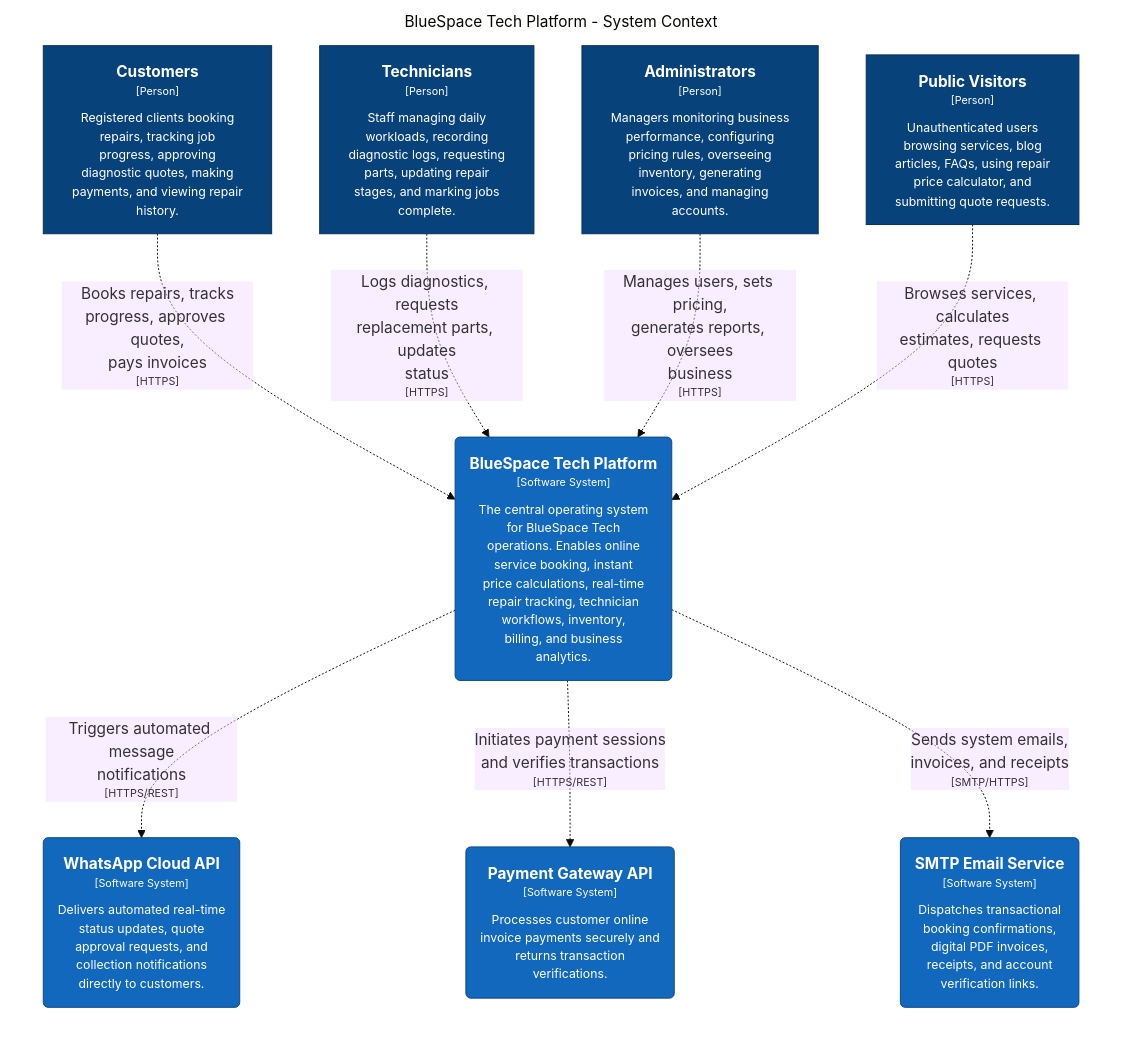
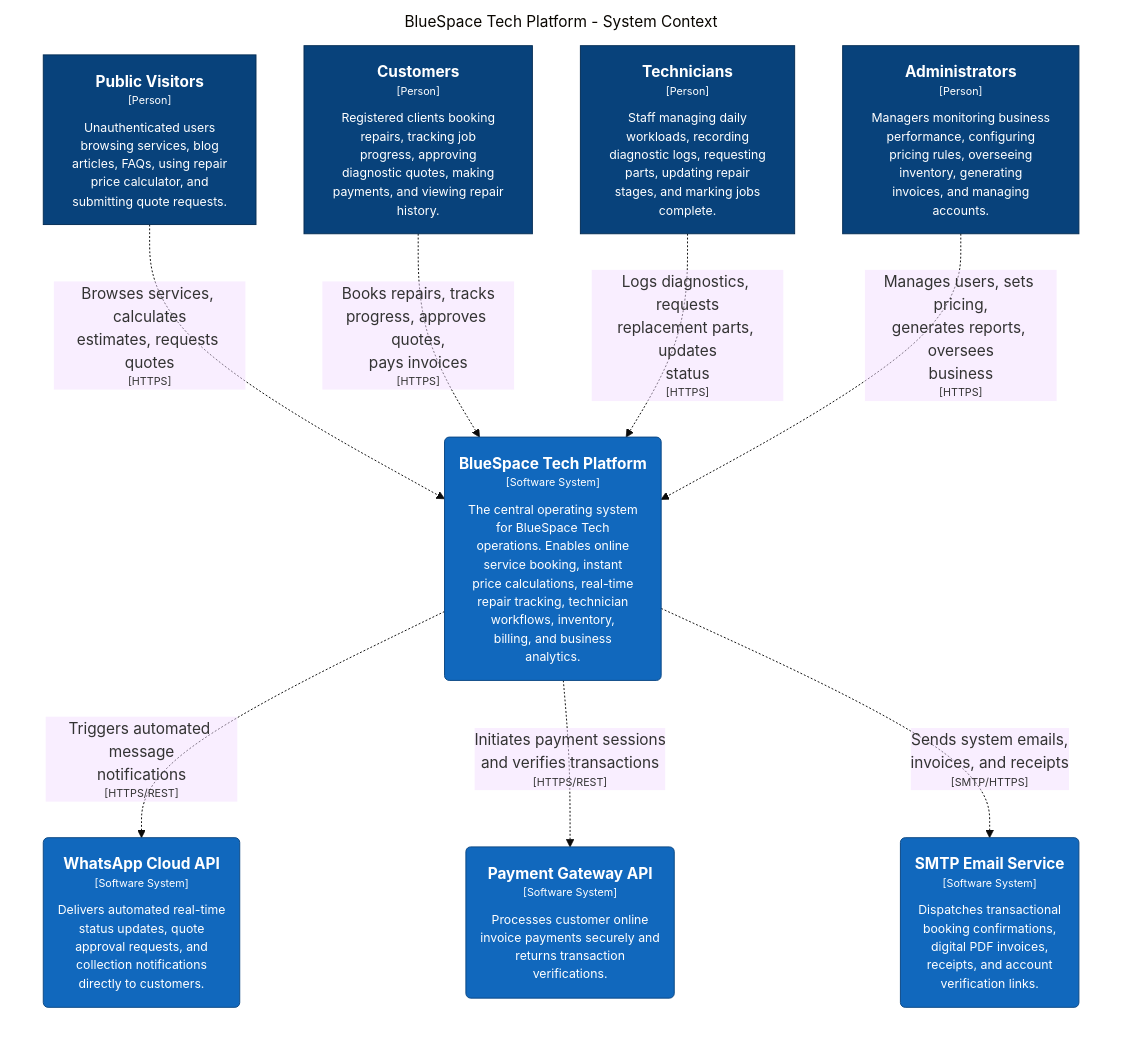
One commit to Luxolo2200/bluespace-tech-platform changed the diagram in docs/architecture/diagrams/structurizr-SystemContext.mmd. Above: the diagram before and after it, drawn with Mermaid (base theme). The commit also changed 3 other files, not shown here.

Commit message:
chore(docs): auto-generate updated mermaid .mmd and .png diagrams

```diff
--- a/docs/architecture/diagrams/structurizr-SystemContext.mmd
+++ b/docs/architecture/diagrams/structurizr-SystemContext.mmd
@@ -1,31 +1,31 @@
 graph LR
   linkStyle default fill:#ffffff
 
   subgraph diagram ["BlueSpace Tech Platform - System Context"]
     style diagram fill:#ffffff,stroke:#ffffff
 
     1["<div style='font-weight: bold'>Public Visitors</div><div style='font-size: 70%; margin-top: 0px'>[Person]</div><div style='font-size: 80%; margin-top:10px'>Unauthenticated users<br />browsing services, blog<br />articles, FAQs, using repair<br />price calculator, and<br />submitting quote requests.</div>"]
     style 1 fill:#08427b,stroke:#052e56,color:#ffffff
+    11("<div style='font-weight: bold'>WhatsApp Cloud API</div><div style='font-size: 70%; margin-top: 0px'>[Software System]</div><div style='font-size: 80%; margin-top:10px'>Delivers automated real-time<br />status updates, quote<br />approval requests, and<br />collection notifications<br />directly to customers.</div>")
+    style 11 fill:#1168bd,stroke:#0b4884,color:#ffffff
+    12("<div style='font-weight: bold'>Payment Gateway API</div><div style='font-size: 70%; margin-top: 0px'>[Software System]</div><div style='font-size: 80%; margin-top:10px'>Processes customer online<br />invoice payments securely and<br />returns transaction<br />verifications.</div>")
+    style 12 fill:#1168bd,stroke:#0b4884,color:#ffffff
+    13("<div style='font-weight: bold'>SMTP Email Service</div><div style='font-size: 70%; margin-top: 0px'>[Software System]</div><div style='font-size: 80%; margin-top:10px'>Dispatches transactional<br />booking confirmations,<br />digital PDF invoices,<br />receipts, and account<br />verification links.</div>")
+    style 13 fill:#1168bd,stroke:#0b4884,color:#ffffff
     2["<div style='font-weight: bold'>Customers</div><div style='font-size: 70%; margin-top: 0px'>[Person]</div><div style='font-size: 80%; margin-top:10px'>Registered clients booking<br />repairs, tracking job<br />progress, approving<br />diagnostic quotes, making<br />payments, and viewing repair<br />history.</div>"]
     style 2 fill:#08427b,stroke:#052e56,color:#ffffff
     3["<div style='font-weight: bold'>Technicians</div><div style='font-size: 70%; margin-top: 0px'>[Person]</div><div style='font-size: 80%; margin-top:10px'>Staff managing daily<br />workloads, recording<br />diagnostic logs, requesting<br />parts, updating repair<br />stages, and marking jobs<br />complete.</div>"]
     style 3 fill:#08427b,stroke:#052e56,color:#ffffff
     4["<div style='font-weight: bold'>Administrators</div><div style='font-size: 70%; margin-top: 0px'>[Person]</div><div style='font-size: 80%; margin-top:10px'>Managers monitoring business<br />performance, configuring<br />pricing rules, overseeing<br />inventory, generating<br />invoices, and managing<br />accounts.</div>"]
     style 4 fill:#08427b,stroke:#052e56,color:#ffffff
     5("<div style='font-weight: bold'>BlueSpace Tech Platform</div><div style='font-size: 70%; margin-top: 0px'>[Software System]</div><div style='font-size: 80%; margin-top:10px'>The central operating system<br />for BlueSpace Tech<br />operations. Enables online<br />service booking, instant<br />price calculations, real-time<br />repair tracking, technician<br />workflows, inventory,<br />billing, and business<br />analytics.</div>")
     style 5 fill:#1168bd,stroke:#0b4884,color:#ffffff
-    6("<div style='font-weight: bold'>WhatsApp Cloud API</div><div style='font-size: 70%; margin-top: 0px'>[Software System]</div><div style='font-size: 80%; margin-top:10px'>Delivers automated real-time<br />status updates, quote<br />approval requests, and<br />collection notifications<br />directly to customers.</div>")
-    style 6 fill:#1168bd,stroke:#0b4884,color:#ffffff
-    7("<div style='font-weight: bold'>Payment Gateway API</div><div style='font-size: 70%; margin-top: 0px'>[Software System]</div><div style='font-size: 80%; margin-top:10px'>Processes customer online<br />invoice payments securely and<br />returns transaction<br />verifications.</div>")
-    style 7 fill:#1168bd,stroke:#0b4884,color:#ffffff
-    8("<div style='font-weight: bold'>SMTP Email Service</div><div style='font-size: 70%; margin-top: 0px'>[Software System]</div><div style='font-size: 80%; margin-top:10px'>Dispatches transactional<br />booking confirmations,<br />digital PDF invoices,<br />receipts, and account<br />verification links.</div>")
-    style 8 fill:#1168bd,stroke:#0b4884,color:#ffffff
 
+    1-. "<div>Browses services, calculates<br />estimates, requests quotes</div><div style='font-size: 70%'>[HTTPS]</div>" .->5
     2-. "<div>Books repairs, tracks<br />progress, approves quotes,<br />pays invoices</div><div style='font-size: 70%'>[HTTPS]</div>" .->5
     3-. "<div>Logs diagnostics, requests<br />replacement parts, updates<br />status</div><div style='font-size: 70%'>[HTTPS]</div>" .->5
     4-. "<div>Manages users, sets pricing,<br />generates reports, oversees<br />business</div><div style='font-size: 70%'>[HTTPS]</div>" .->5
-    5-. "<div>Triggers automated message<br />notifications</div><div style='font-size: 70%'>[HTTPS/REST]</div>" .->6
-    5-. "<div>Initiates payment sessions<br />and verifies transactions</div><div style='font-size: 70%'>[HTTPS/REST]</div>" .->7
-    5-. "<div>Sends system emails,<br />invoices, and receipts</div><div style='font-size: 70%'>[SMTP/HTTPS]</div>" .->8
-    1-. "<div>Browses services, calculates<br />estimates, requests quotes</div><div style='font-size: 70%'>[HTTPS]</div>" .->5
+    5-. "<div>Triggers automated message<br />notifications</div><div style='font-size: 70%'>[HTTPS/REST]</div>" .->11
+    5-. "<div>Initiates payment sessions<br />and verifies transactions</div><div style='font-size: 70%'>[HTTPS/REST]</div>" .->12
+    5-. "<div>Sends system emails,<br />invoices, and receipts</div><div style='font-size: 70%'>[SMTP/HTTPS]</div>" .->13
   end
```
